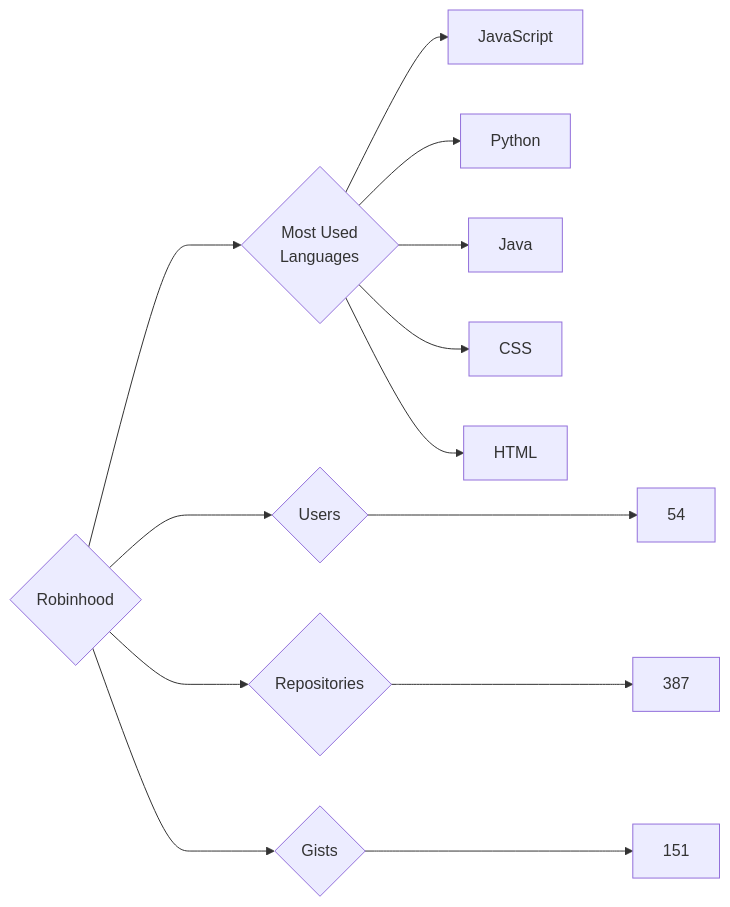
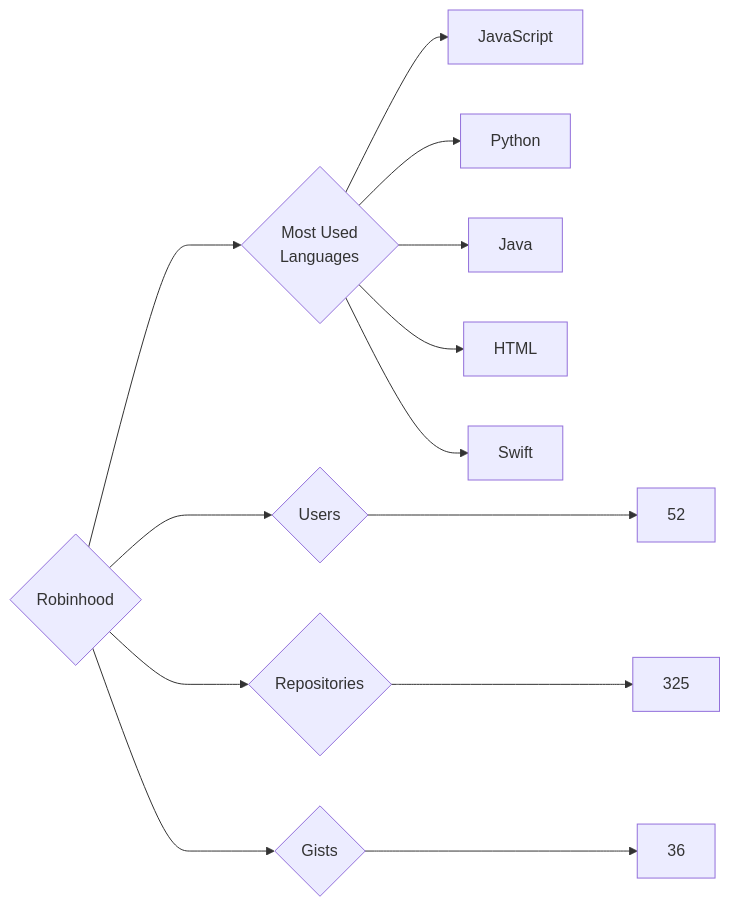
Before and after one commit to trickest/insiders: the diagram in targets/Robinhood/README.md, drawn with Mermaid. The commit also changed 877 other files, not shown here.

````diff
--- a/targets/Robinhood/README.md
+++ b/targets/Robinhood/README.md
@@ -3,13 +3,13 @@
 ```mermaid
 graph LR
 COMPANY_NAME{Robinhood}
-COMPANY_NAME ---> U{Users} ---> UN[54]
-COMPANY_NAME ---> R{Repositories} ---> RN[387]
-COMPANY_NAME ---> G{Gists} ---> GN[151]
+COMPANY_NAME ---> U{Users} ---> UN[52]
+COMPANY_NAME ---> R{Repositories} ---> RN[325]
+COMPANY_NAME ---> G{Gists} ---> GN[36]
 COMPANY_NAME ---> ML{Most Used<br>Languages}
 ML --> JavaScript[JavaScript]
 ML --> Python[Python]
 ML --> Java[Java]
-ML --> CSS[CSS]
 ML --> HTML[HTML]
+ML --> Swift[Swift]
 ```
````
